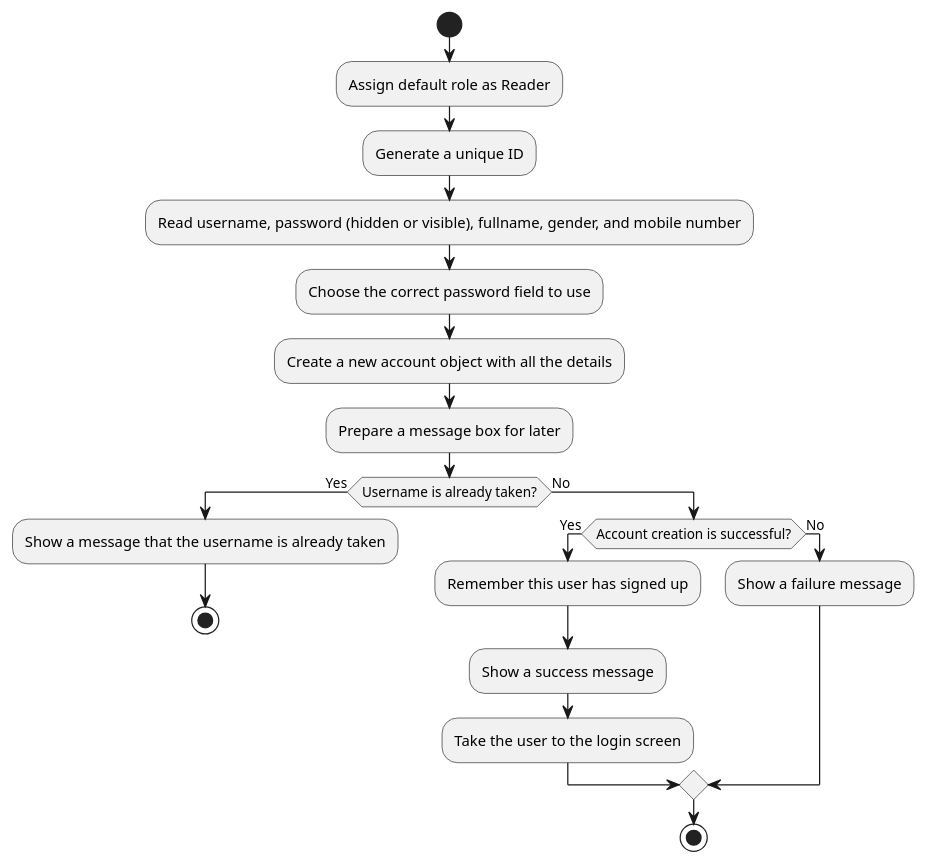
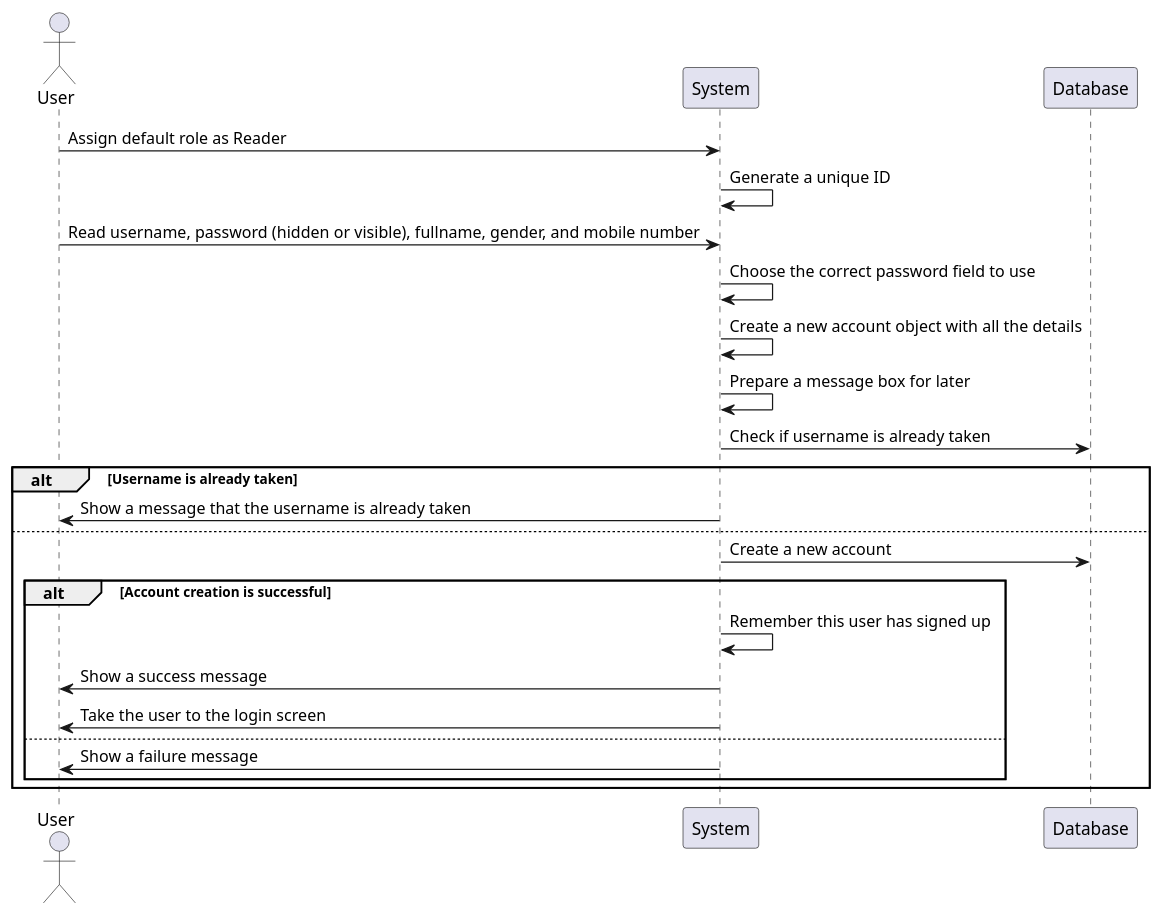
The diagram in docs/design/SignUpDataFlow.puml (viettq1997/library-management-system), drawn with PlantUML before and after one commit. The commit also changed 3 other files, not shown here.

Commit message:
main: change flow chart diagram to sequence diagram

```diff
--- a/docs/design/SignUpDataFlow.puml
+++ b/docs/design/SignUpDataFlow.puml
@@ -1,23 +1,27 @@
 @startuml
-start
-:Assign default role as Reader;
-:Generate a unique ID;
-:Read username, password (hidden or visible), fullname, gender, and mobile number;
-:Choose the correct password field to use;
+actor User
+participant "System" as System
+participant "Database" as DB
 
-:Create a new account object with all the details;
-:Prepare a message box for later;
+User -> System: Assign default role as Reader
+System -> System: Generate a unique ID
+User -> System: Read username, password (hidden or visible), fullname, gender, and mobile number
+System -> System: Choose the correct password field to use
 
-if (Username is already taken?) then (Yes)
-    :Show a message that the username is already taken;
-    stop
-else (No)
-    if (Account creation is successful?) then (Yes)
-        :Remember this user has signed up;
-        :Show a success message;
-        :Take the user to the login screen;
-    else (No)
-        :Show a failure message;
-    endif
-stop
+System -> System: Create a new account object with all the details
+System -> System: Prepare a message box for later
+
+System -> DB: Check if username is already taken
+alt Username is already taken
+  System -> User: Show a message that the username is already taken
+else
+  System -> DB: Create a new account
+  alt Account creation is successful
+    System -> System: Remember this user has signed up
+    System -> User: Show a success message
+    System -> User: Take the user to the login screen
+  else
+    System -> User: Show a failure message
+  end
+end
 @enduml
```
